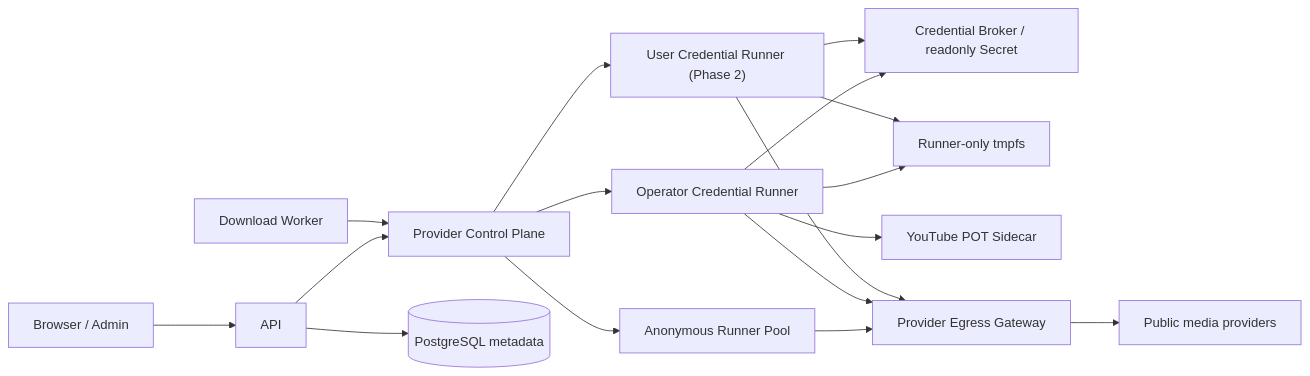
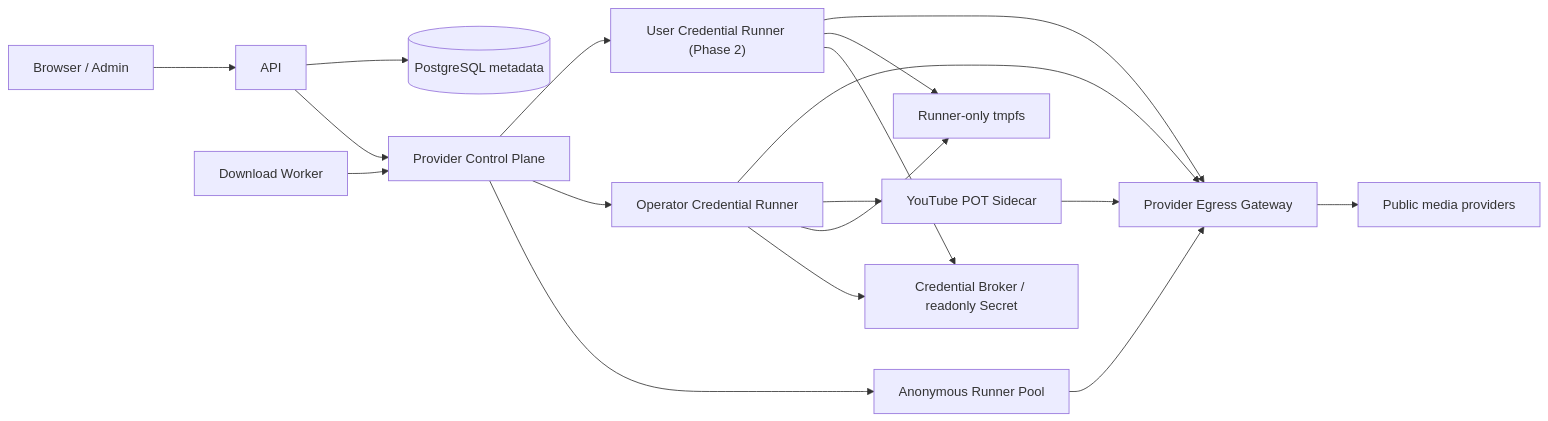
One commit to StephenQiu30/video-server changed the first of 2 diagrams in docs/design/005-多平台Provider策略设计.md. Above: the diagram before and after it, drawn with Mermaid. The commit also changed other lines of this file and 54 other files, not shown here.

````diff
--- a/docs/design/005-多平台Provider策略设计.md
+++ b/docs/design/005-多平台Provider策略设计.md
@@ -76,19 +81,20 @@
 ```mermaid
 flowchart LR
     B["Browser / Admin"] --> API["API"]
     API --> CP["Provider Control Plane"]
     API --> DB[("PostgreSQL metadata")]
     W["Download Worker"] --> CP
     CP --> A["Anonymous Runner Pool"]
     CP --> O["Operator Credential Runner"]
     CP --> U["User Credential Runner (Phase 2)"]
     O --> BR["Credential Broker / readonly Secret"]
     U --> BR
     O --> TMP["Runner-only tmpfs"]
     U --> TMP
     O --> POT["YouTube POT Sidecar"]
     A --> E["Provider Egress Gateway"]
     O --> E
     U --> E
+    POT --> E
     E --> P["Public media providers"]
 ```
````
